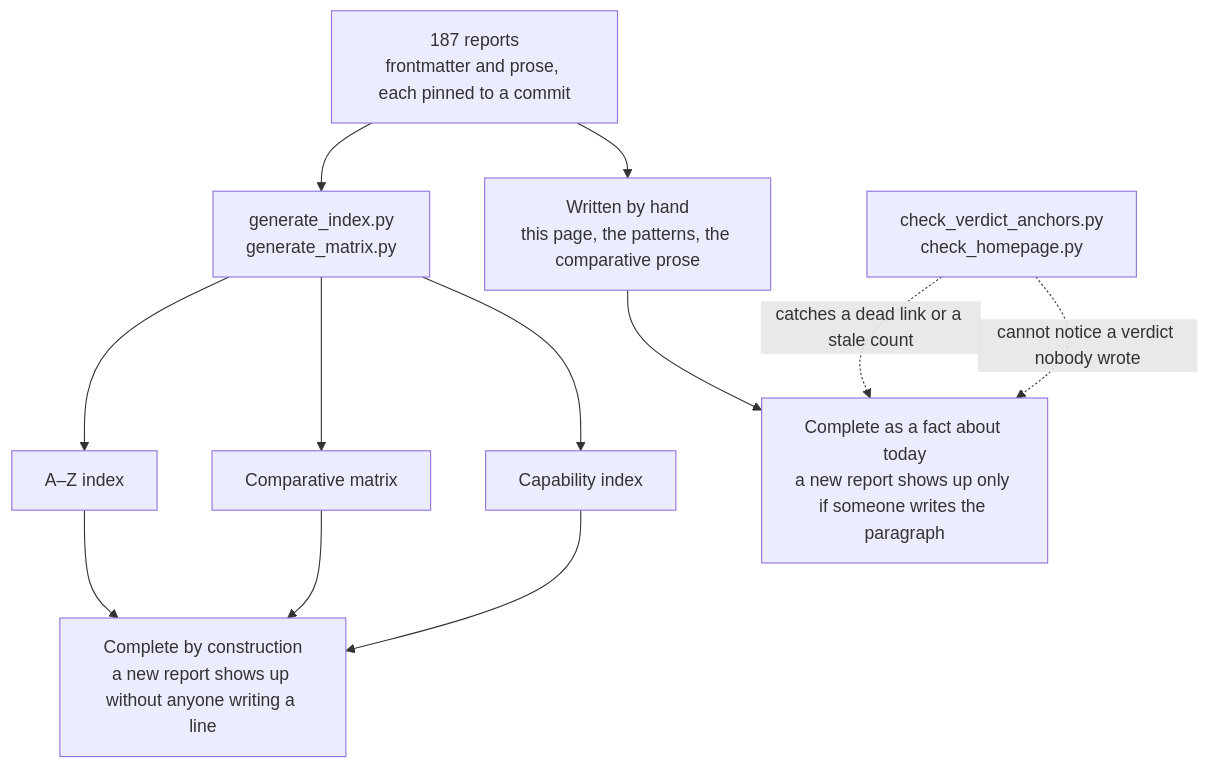
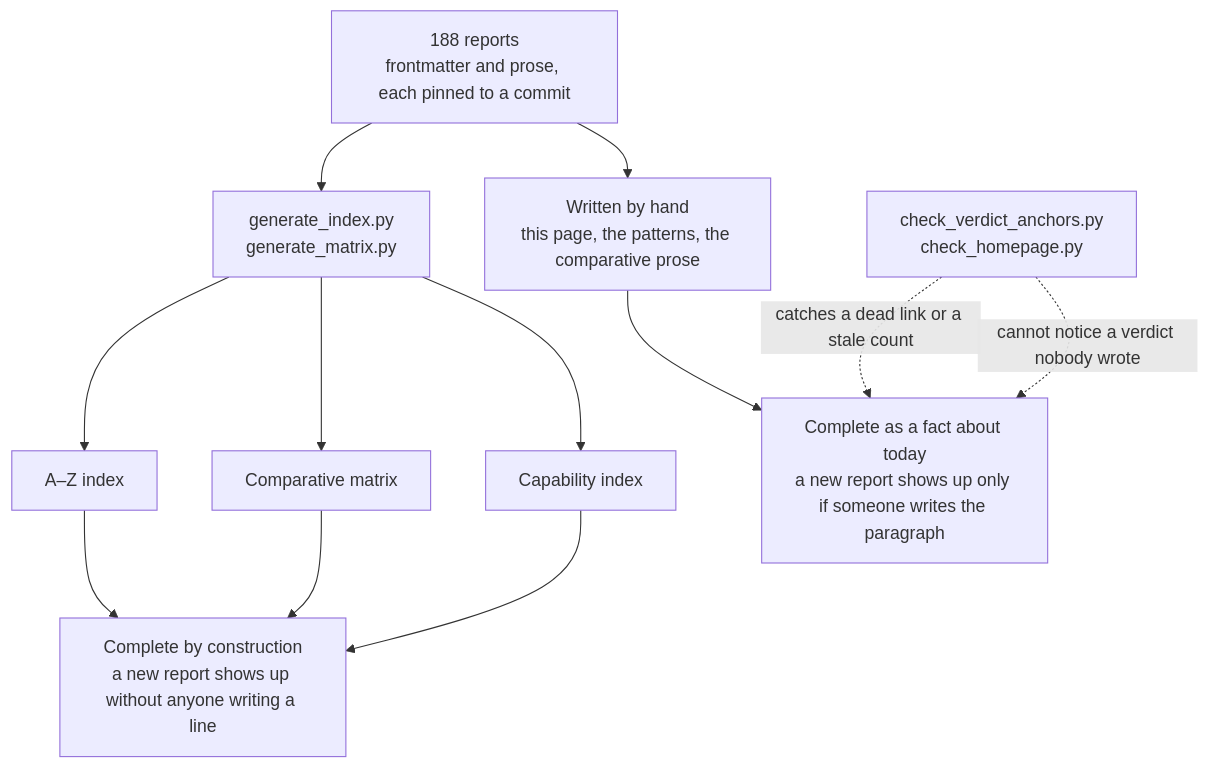
One commit to neoneye/agent-memory-atlas changed the diagram in content/verdicts.md. Above: the diagram before and after it, drawn with Mermaid. The commit also changed other lines of this file and 22 other files, not shown here.

````diff
--- a/content/verdicts.md
+++ b/content/verdicts.md
@@ -40,15 +40,15 @@
 ```mermaid
 flowchart TD
-    R["187 reports<br/>frontmatter and prose, each pinned to a commit"]
+    R["188 reports<br/>frontmatter and prose, each pinned to a commit"]
     R --> GEN["generate_index.py<br/>generate_matrix.py"]
     R --> HAND["Written by hand<br/>this page, the patterns, the comparative prose"]
     GEN --> AZ["A–Z index"]
     GEN --> MX["Comparative matrix"]
     GEN --> CI["Capability index"]
     AZ --> CONST["Complete by construction<br/>a new report shows up without anyone writing a line"]
     MX --> CONST
     CI --> CONST
     HAND --> TODAY["Complete as a fact about today<br/>a new report shows up only if someone writes the paragraph"]
     CHK["check_verdict_anchors.py<br/>check_homepage.py"] -.->|"catches a dead link or a stale count"| TODAY
     CHK -.->|"cannot notice a verdict nobody wrote"| TODAY
 ```
````
